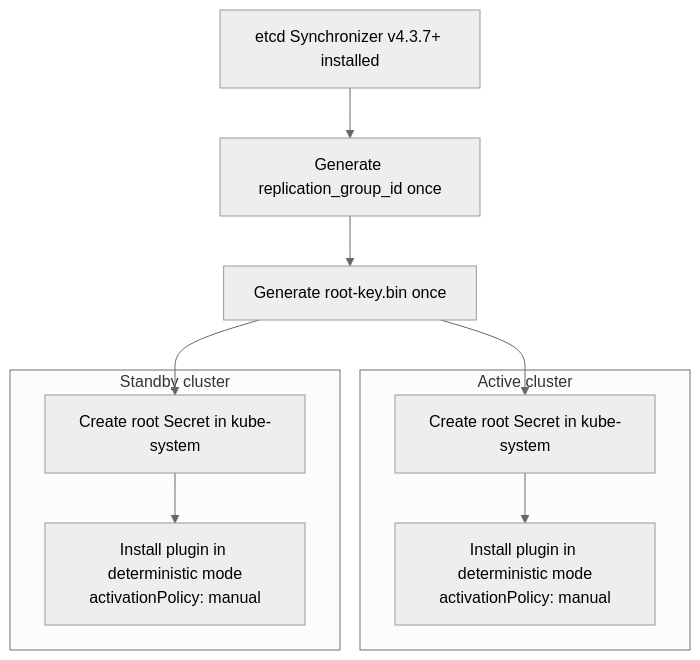
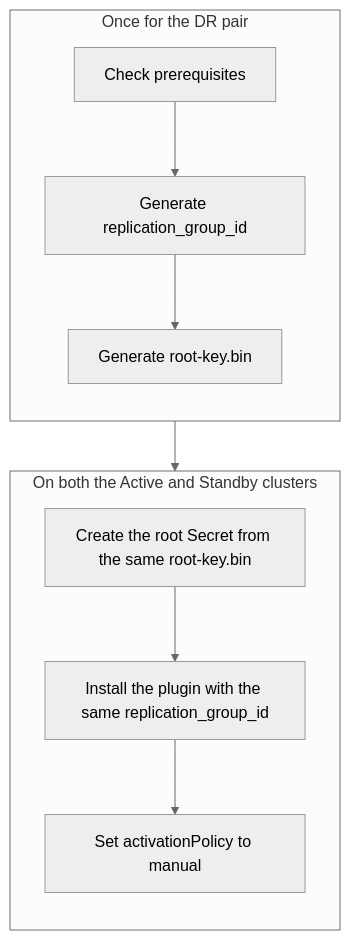
One commit to alauda/acp-docs changed the first of 3 diagrams in docs/en/configure/etcd/encryption.mdx. Above: the diagram before and after it, drawn with Mermaid (neutral theme). The commit also changed other lines of this file, not shown here.

Commit message:
docs(etcd): regroup the install flow diagram by where each step runs
Split the diagram into steps done once for the DR pair and steps
repeated on both clusters, matching the numbered install steps, and
state that activationPolicy is set on both clusters because the
Standby becomes the Active after a failover.

````diff
--- a/docs/en/configure/etcd/encryption.mdx
+++ b/docs/en/configure/etcd/encryption.mdx
@@ -72,13 +72,14 @@
 ```mermaid
 flowchart TD
-    pre["etcd Synchronizer v4.3.7+ installed"] --> gid["Generate replication_group_id once"]
-    gid --> key["Generate root-key.bin once"]
-    key --> A1
-    key --> S1
-    subgraph active ["Active cluster"]
-        A1["Create root Secret in kube-system"] --> A2["Install plugin in deterministic mode<br/>activationPolicy: manual"]
+    subgraph once ["Once for the DR pair"]
+        direction TB
+        p1["Check prerequisites"] --> p2["Generate replication_group_id"]
+        p2 --> p3["Generate root-key.bin"]
     end
-    subgraph standby ["Standby cluster"]
-        S1["Create root Secret in kube-system"] --> S2["Install plugin in deterministic mode<br/>activationPolicy: manual"]
+    subgraph each ["On both the Active and Standby clusters"]
+        direction TB
+        e1["Create the root Secret from the same root-key.bin"] --> e2["Install the plugin with the same replication_group_id"]
+        e2 --> e3["Set activationPolicy to manual"]
     end
+    p3 --> e1
 ```
````
